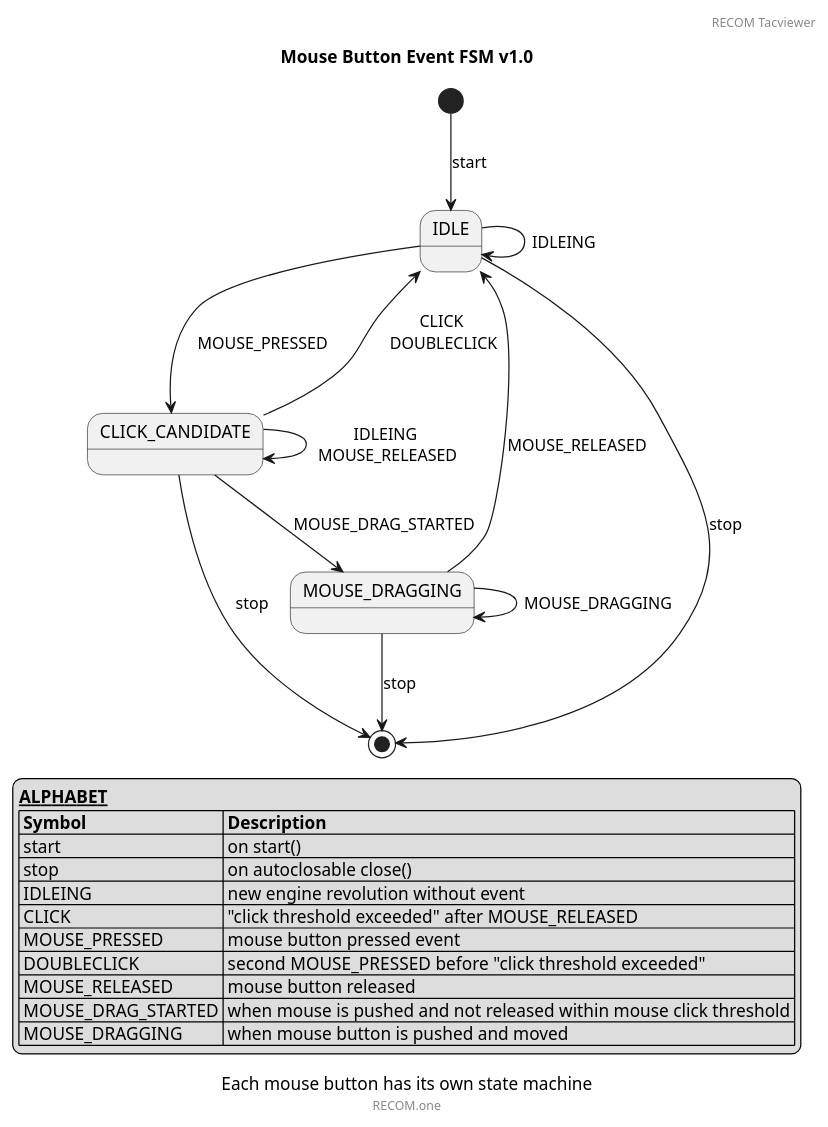
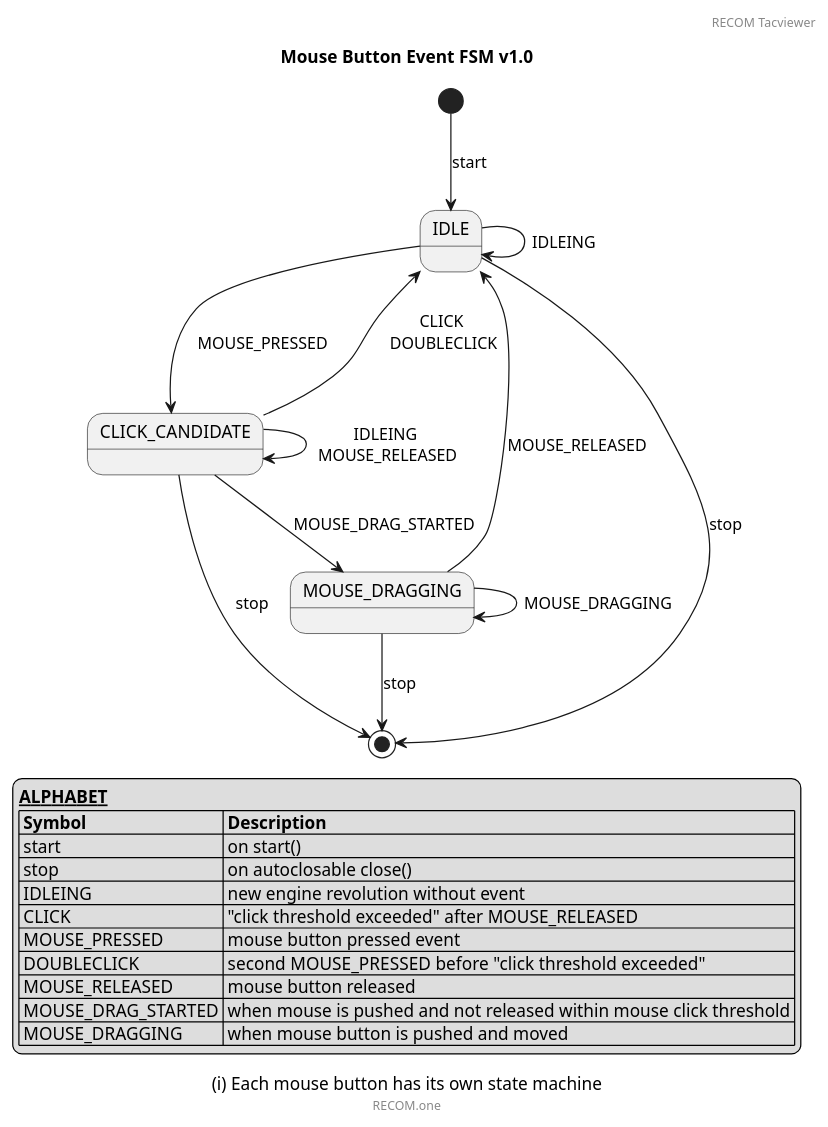
One commit to svencc/ReforgerCommanderBackend changed the diagram in libs/tacviewfx/src/main/java/com/recom/tacview/engine/input/mapper/mousebutton/fsm/MouseButtonEventFSM1.puml. Above: the diagram before and after it, drawn with PlantUML. The commit also changed 7 other files, not shown here.

```diff
--- a/libs/tacviewfx/src/main/java/com/recom/tacview/engine/input/mapper/mousebutton/fsm/MouseButtonEventFSM1.puml
+++ b/libs/tacviewfx/src/main/java/com/recom/tacview/engine/input/mapper/mousebutton/fsm/MouseButtonEventFSM1.puml
@@ -1,38 +1,38 @@
 @startuml
 
 header  RECOM Tacviewer
 title   Mouse Button Event FSM v1.0
-caption Each mouse button has its own state machine
+caption (i) Each mouse button has its own state machine
 footer  RECOM.one
 
 
 [*] --> IDLE :start
 
 IDLE --> IDLE : IDLEING
 IDLE --> CLICK_CANDIDATE : MOUSE_PRESSED
 CLICK_CANDIDATE --> IDLE : CLICK\n DOUBLECLICK\n
 CLICK_CANDIDATE --> MOUSE_DRAGGING : MOUSE_DRAG_STARTED
 CLICK_CANDIDATE --> CLICK_CANDIDATE : IDLEING\n MOUSE_RELEASED
 MOUSE_DRAGGING --> MOUSE_DRAGGING : MOUSE_DRAGGING
 MOUSE_DRAGGING --> IDLE : MOUSE_RELEASED
 
 IDLE --> [*] :stop
 CLICK_CANDIDATE --> [*] :stop
 MOUSE_DRAGGING --> [*] :stop
 
 
 legend left
 __**ALPHABET**__
 | **Symbol** | **Description** |
 | start | on start() |
 | stop | on autoclosable close() |
 | IDLEING | new engine revolution without event |
 | CLICK | "click threshold exceeded" after MOUSE_RELEASED |
 | MOUSE_PRESSED | mouse button pressed event |
 | DOUBLECLICK | second MOUSE_PRESSED before "click threshold exceeded" |
 | MOUSE_RELEASED | mouse button released |
 | MOUSE_DRAG_STARTED | when mouse is pushed and not released within mouse click threshold |
 | MOUSE_DRAGGING | when mouse button is pushed and moved |
 endlegend
 
 @enduml
```
